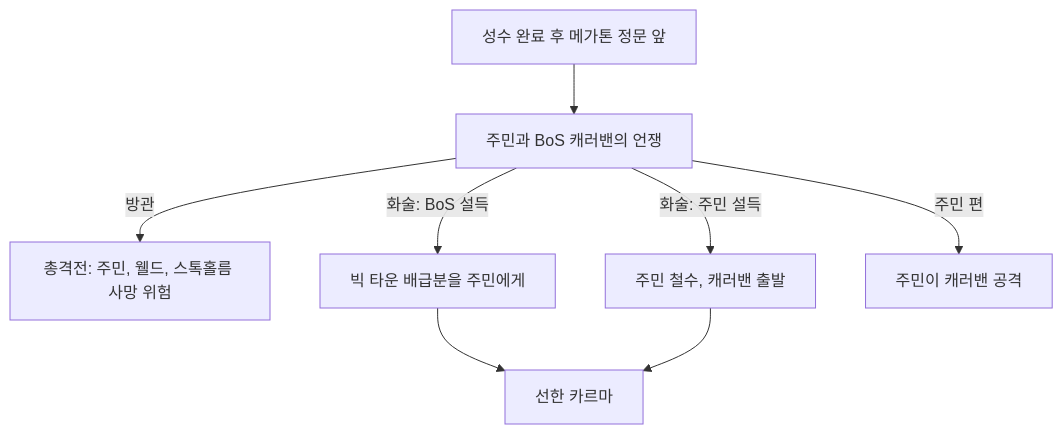
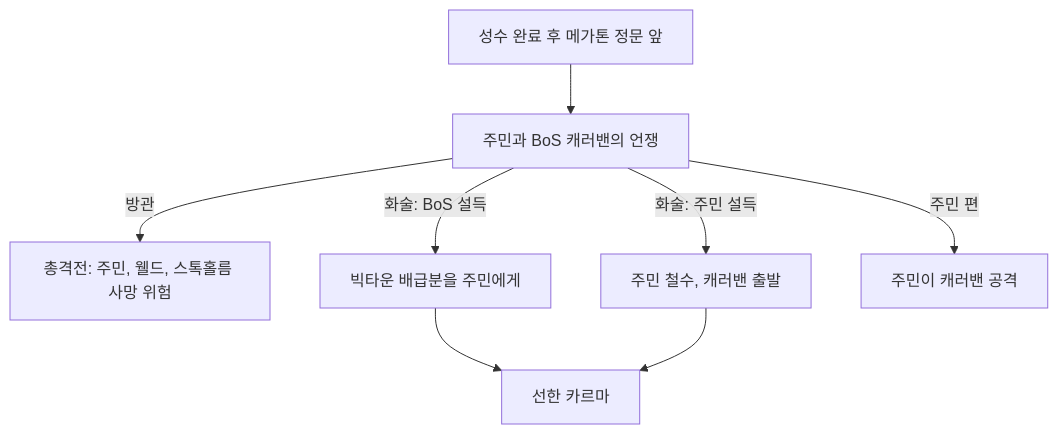
Before and after one commit to forsurvive/003: the ninth of 13 diagrams in docs/reverse-design/08c_dlc-broken-steel.md, drawn with Mermaid. The commit also changed other lines of this file and 21 other files, not shown here.

````diff
--- a/docs/reverse-design/08c_dlc-broken-steel.md
+++ b/docs/reverse-design/08c_dlc-broken-steel.md
@@ -831,10 +831,10 @@
 ```mermaid
 flowchart TD
     A["성수 완료 후 메가톤 정문 앞"] --> B["주민과 BoS 캐러밴의 언쟁"]
     B -->|"방관"| C["총격전: 주민, 웰드, 스톡홀름 사망 위험"]
-    B -->|"화술: BoS 설득"| D["빅 타운 배급분을 주민에게"]
+    B -->|"화술: BoS 설득"| D["빅타운 배급분을 주민에게"]
     B -->|"화술: 주민 설득"| E["주민 철수, 캐러밴 출발"]
     B -->|"주민 편"| F["주민이 캐러밴 공격"]
     D --> G["선한 카르마"]
     E --> G
 ```
````
